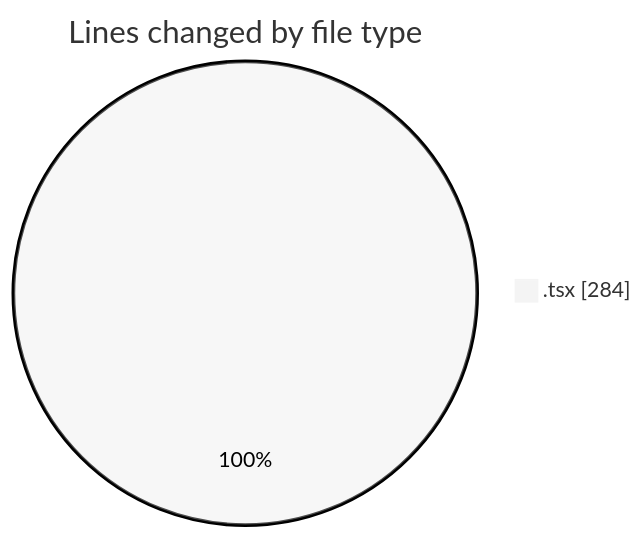
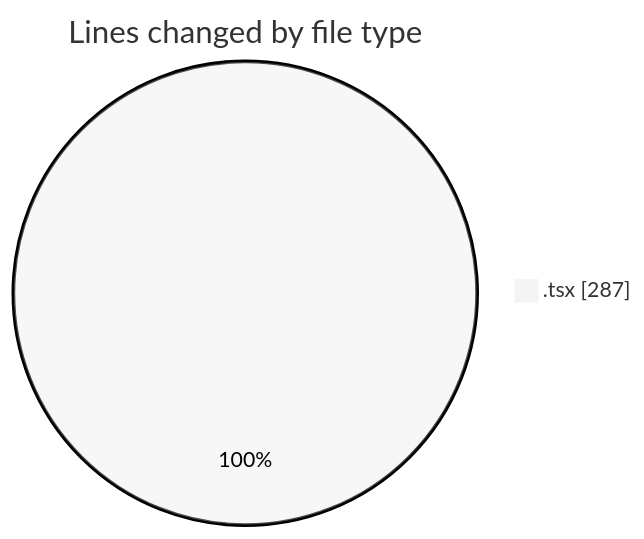
One commit to momahboobian/code-tracking changed the first of 2 diagrams in 2025-01-20/activity-tracker/README.md. Above: the diagram before and after it, drawn with Mermaid (neutral theme). The commit also changed other lines of this file and 1 other file, not shown here.

````diff
--- a/2025-01-20/activity-tracker/README.md
+++ b/2025-01-20/activity-tracker/README.md
@@ -23,5 +23,5 @@
 ```mermaid
 pie showData
 title Lines changed by file type
-".tsx" : 284
+".tsx" : 287
 ```
````
